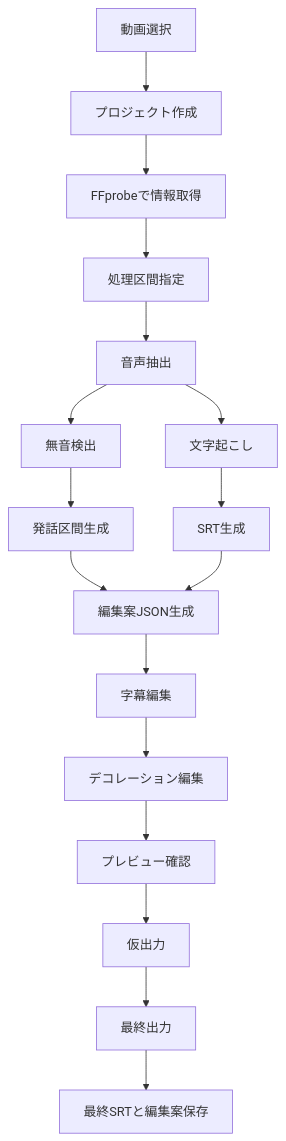
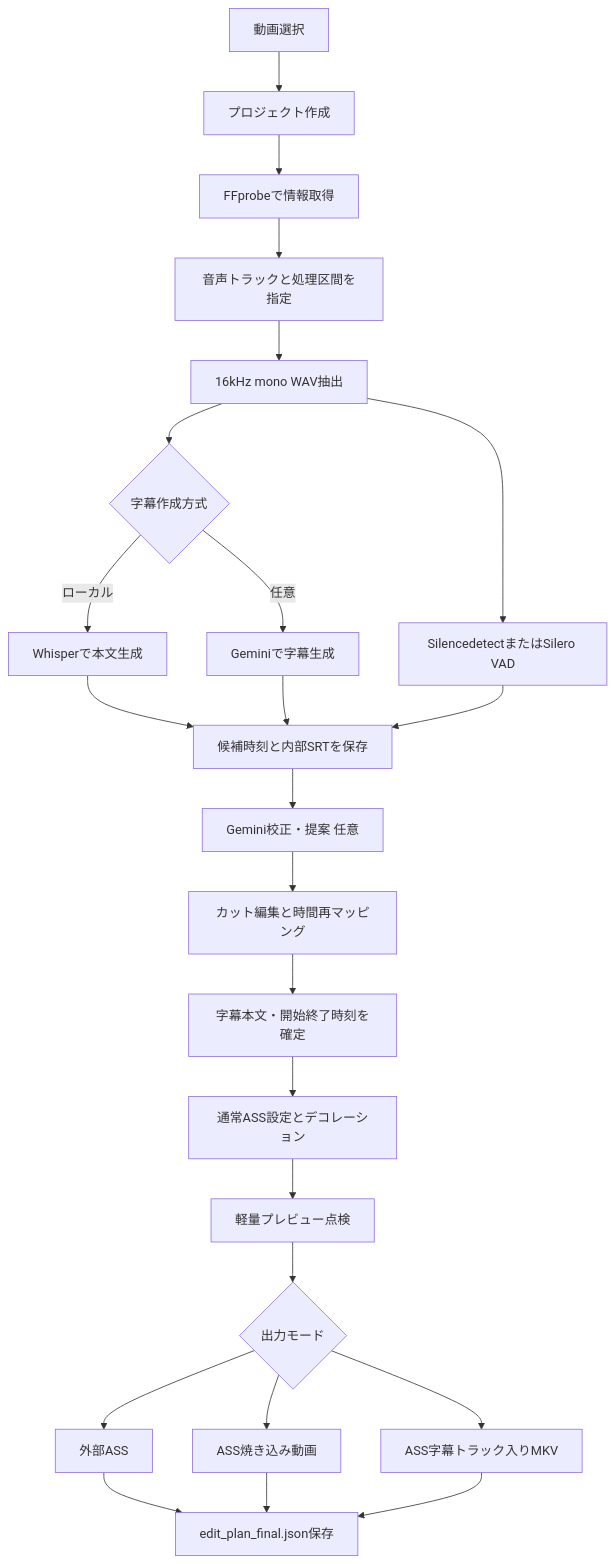
Before and after one commit to apusaras-droid/kirinuki-subtitle-tool: the diagram in docs/実装フローチャート.md, drawn with Mermaid. The commit also changed other lines of this file and 10 other files, not shown here.

````diff
--- a/docs/実装フローチャート.md
+++ b/docs/実装フローチャート.md
@@ -3,19 +3,26 @@
 ```mermaid
 flowchart TD
   A[動画選択] --> B[プロジェクト作成]
   B --> C[FFprobeで情報取得]
-  C --> D[処理区間指定]
-  D --> E[音声抽出]
-  E --> F[文字起こし]
-  F --> G[SRT生成]
-  E --> H[無音検出]
-  H --> I[発話区間生成]
-  I --> J[編集案JSON生成]
-  G --> J
-  J --> K[字幕編集]
-  K --> L[デコレーション編集]
-  L --> M[プレビュー確認]
-  M --> N[仮出力]
-  N --> O[最終出力]
-  O --> P[最終SRTと編集案保存]
+  C --> D[音声トラックと処理区間を指定]
+  D --> E[16kHz mono WAV抽出]
+  E --> F{字幕作成方式}
+  F -->|ローカル| G[Whisperで本文生成]
+  F -->|任意| H[Geminiで字幕生成]
+  E --> I[SilencedetectまたはSilero VAD]
+  G --> J[候補時刻と内部SRTを保存]
+  H --> J
+  I --> J
+  J --> K[Gemini校正・提案 任意]
+  K --> L[カット編集と時間再マッピング]
+  L --> M[字幕本文・開始終了時刻を確定]
+  M --> N[通常ASS設定とデコレーション]
+  N --> O[軽量プレビュー点検]
+  O --> P{出力モード}
+  P --> Q[外部ASS]
+  P --> R[ASS焼き込み動画]
+  P --> S[ASS字幕トラック入りMKV]
+  Q --> T[edit_plan_final.json保存]
+  R --> T
+  S --> T
 ```
````
